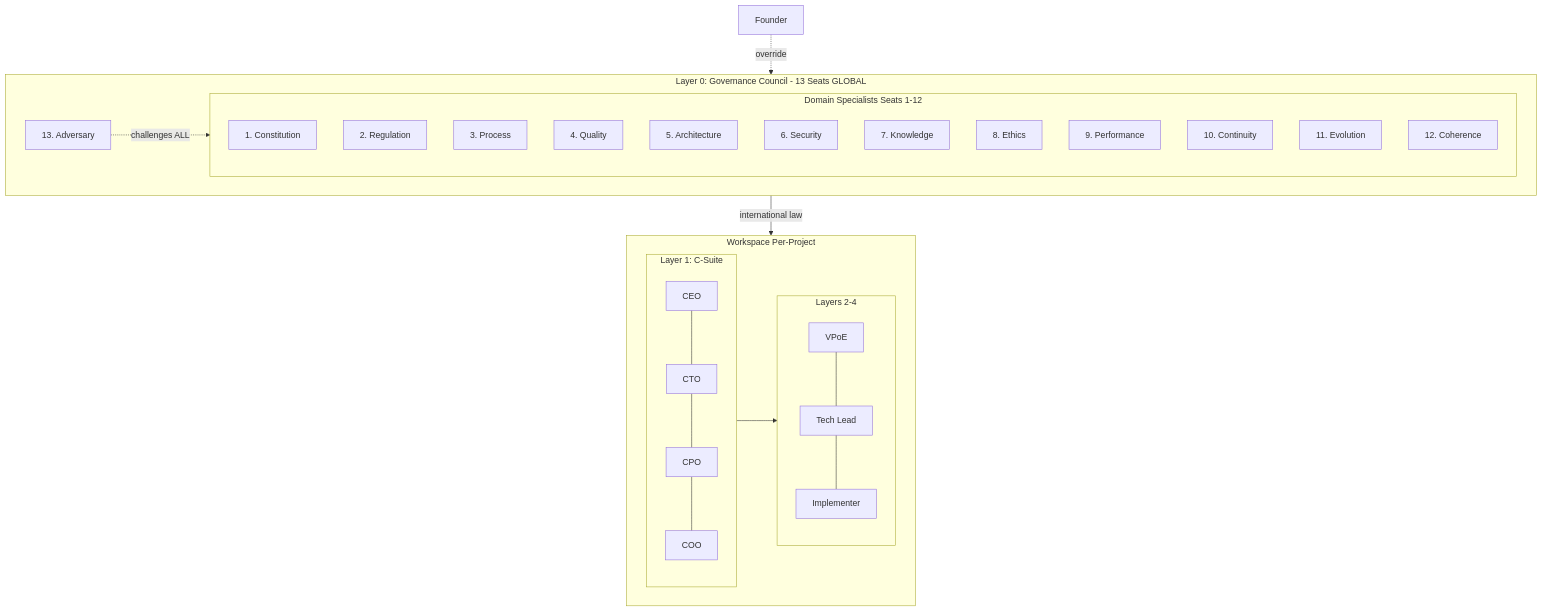
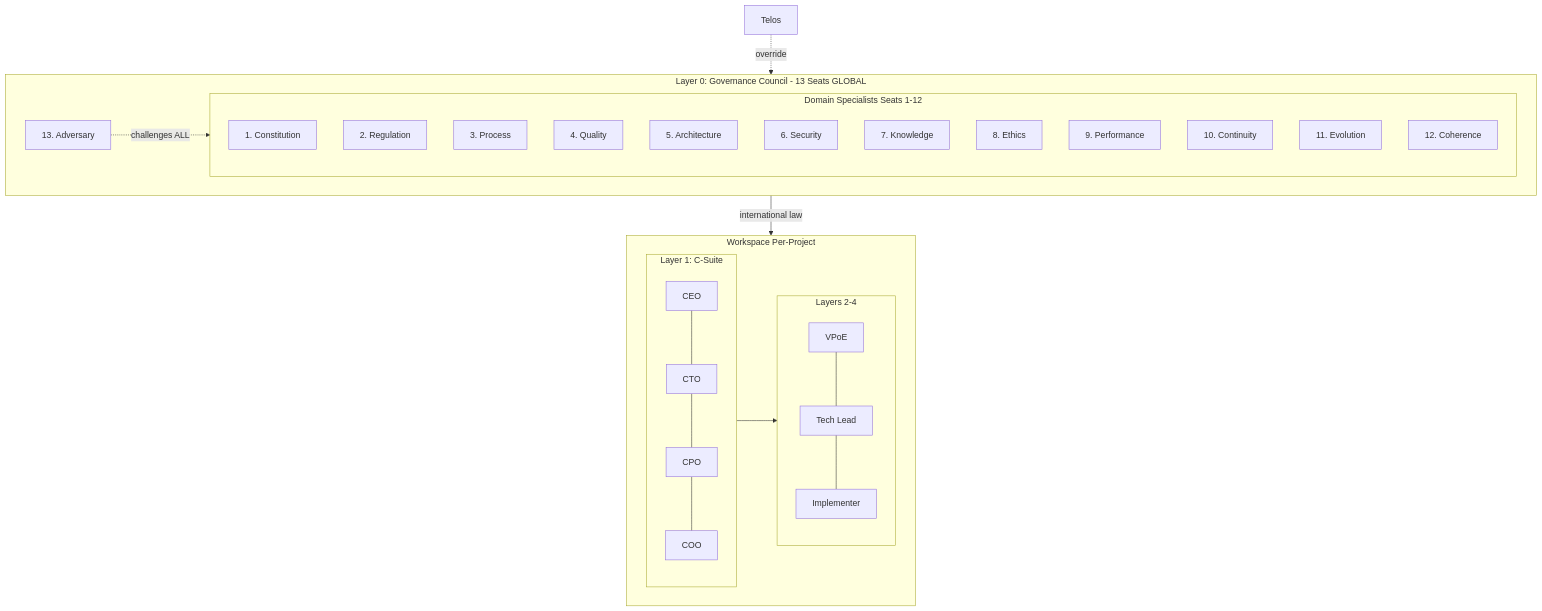
One commit to x6kage/arche changed the fourth of 12 diagrams in docs/papers/001-governance-theory/en.md. Above: the diagram before and after it, drawn with Mermaid. The commit also changed other lines of this file and 42 other files, not shown here.

````diff
--- a/docs/papers/001-governance-theory/en.md
+++ b/docs/papers/001-governance-theory/en.md
@@ -172,36 +172,36 @@
 ```mermaid
 graph TD
     subgraph Council ["Layer 0: Governance Council - 13 Seats GLOBAL"]
         direction LR
         subgraph Specialists ["Domain Specialists Seats 1-12"]
             S1["1. Constitution"]
             S2["2. Regulation"]
             S3["3. Process"]
             S4["4. Quality"]
             S5["5. Architecture"]
             S6["6. Security"]
             S7["7. Knowledge"]
             S8["8. Ethics"]
             S9["9. Performance"]
             S10["10. Continuity"]
             S11["11. Evolution"]
             S12["12. Coherence"]
         end
         S13["13. Adversary"]
     end
 
     S13 -.->|"challenges ALL"| Specialists
 
     subgraph WS ["Workspace Per-Project"]
         subgraph L1 ["Layer 1: C-Suite"]
             CEO["CEO"] --- CTO["CTO"] --- CPO["CPO"] --- COO["COO"]
         end
         subgraph L2_4 ["Layers 2-4"]
             VPoE["VPoE"] --- TL["Tech Lead"] --- Impl["Implementer"]
         end
         L1 --> L2_4
     end
 
     Council -->|"international law"| WS
-    Founder["Founder"] -.->|"override"| Council
+    Telos["Telos"] -.->|"override"| Council
 ```
````
